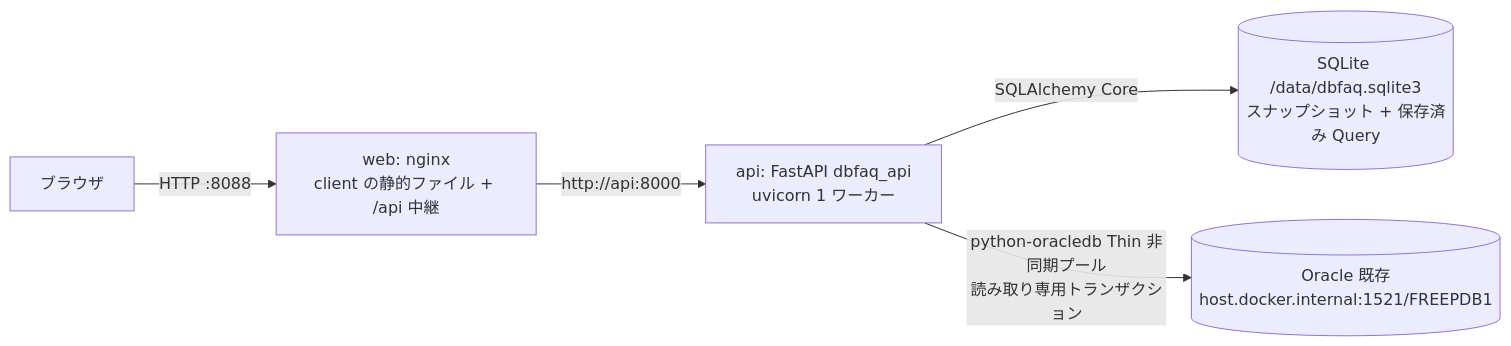
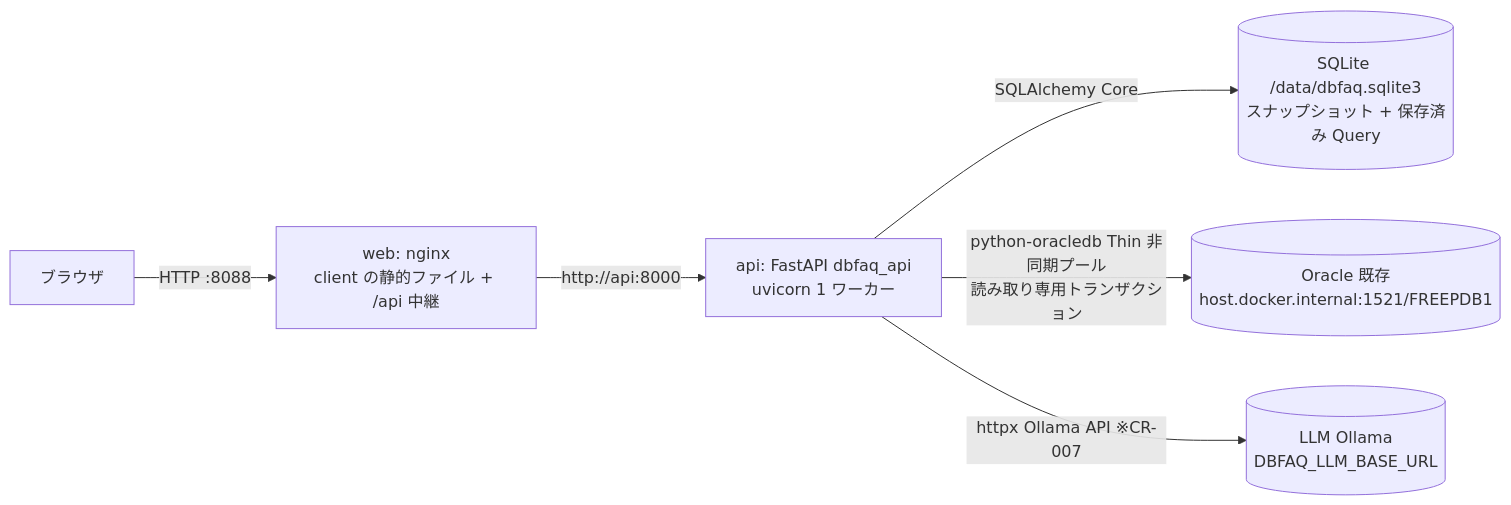
The diagram in docs/ArchitectureHandbook.md (kagyuu/DbFAQ), drawn with Mermaid before and after one commit. The commit also changed other lines of this file and 70 other files, not shown here.

````diff
--- a/docs/ArchitectureHandbook.md
+++ b/docs/ArchitectureHandbook.md
@@ -13,7 +13,8 @@
 ```mermaid
 graph LR
   B[ブラウザ] -->|HTTP :8088| W[web: nginx<br/>client の静的ファイル + /api 中継]
   W -->|http://api:8000| A[api: FastAPI dbfaq_api<br/>uvicorn 1 ワーカー]
   A -->|SQLAlchemy Core| S[(SQLite /data/dbfaq.sqlite3<br/>スナップショット + 保存済み Query)]
   A -->|python-oracledb Thin 非同期プール<br/>読み取り専用トランザクション| O[(Oracle 既存<br/>host.docker.internal:1521/FREEPDB1)]
+  A -->|httpx Ollama API ※CR-007| L[(LLM Ollama<br/>DBFAQ_LLM_BASE_URL)]
 ```
````
